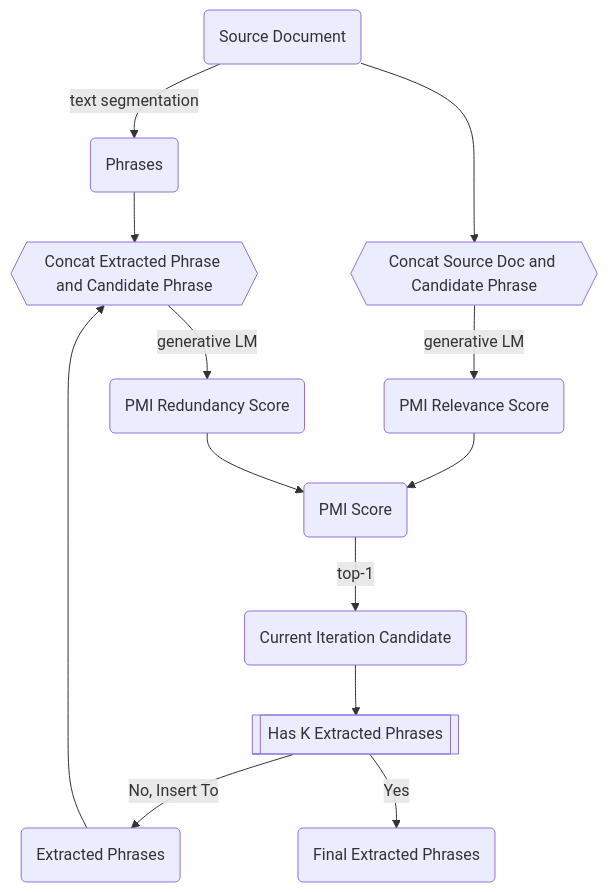
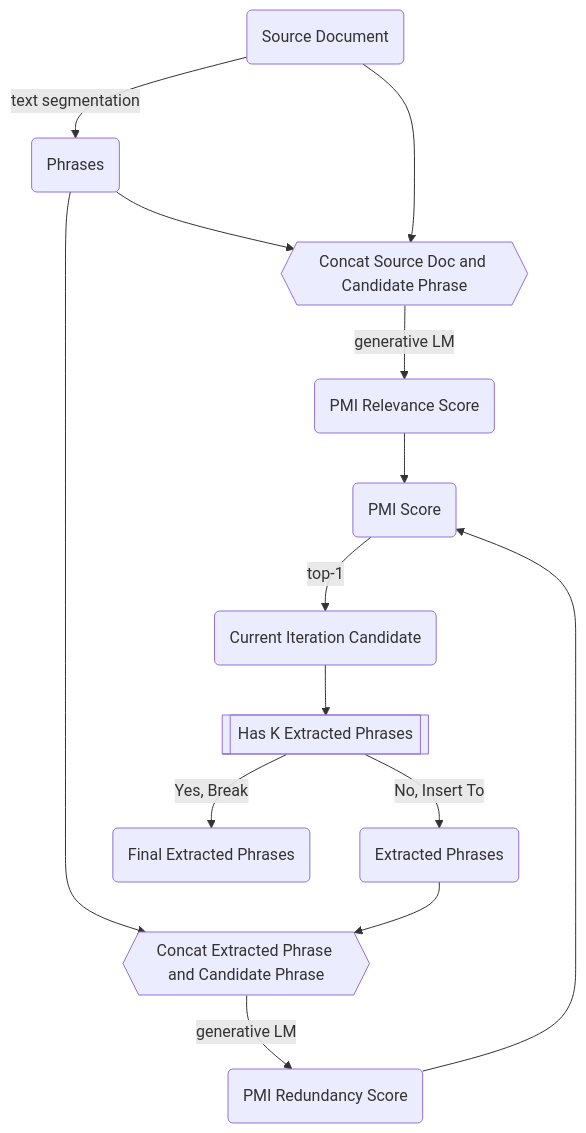
Before and after one commit to innerNULL/leveling-up: the diagram in docs/papers/unsupervised-extractive-summarization-using-pointwise-putual-information/README.md, drawn with Mermaid.

````diff
--- a/docs/papers/unsupervised-extractive-summarization-using-pointwise-putual-information/README.md
+++ b/docs/papers/unsupervised-extractive-summarization-using-pointwise-putual-information/README.md
@@ -58,15 +58,16 @@
 ```mermaid
 graph TD;
 input_text(Source Document) --> |text segmentation| phrases(Phrases)
-input_text --> concat2{{Concat Source Doc and Candidate Phrase}}
+phrases --> concat2{{Concat Source Doc and Candidate Phrase}} 
+input_text --> concat2
 phrases --> concat1{{Concat Extracted Phrase and Candidate Phrase}} 
 extractions(Extracted Phrases) --> concat1 
 concat2 --> |generative LM| pmi_relevance(PMI Relevance Score)
 concat1 --> |generative LM| pmi_redundancy(PMI Redundancy Score)
 pmi_relevance --> pmi(PMI Score)
 pmi_redundancy --> pmi
 pmi --> |top-1| curr_candidate(Current Iteration Candidate)
 curr_candidate --> condition1[[Has K Extracted Phrases]]
 condition1 --> |No, Insert To| extractions
-condition1 --> |Yes| final(Final Extracted Phrases) 
+condition1 --> |Yes, Break| final(Final Extracted Phrases) 
 ```
````
